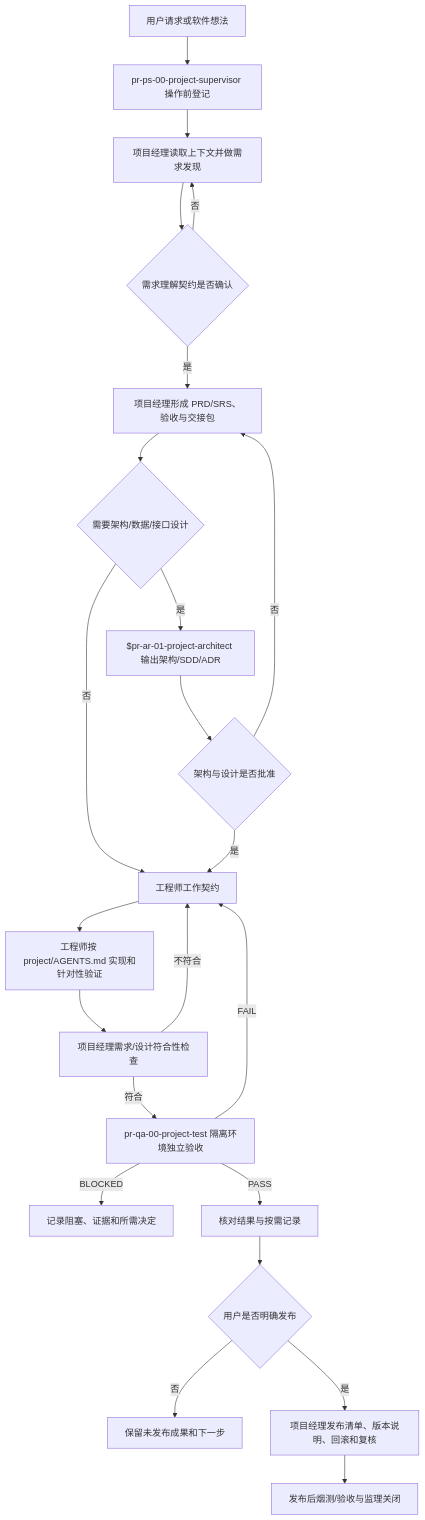
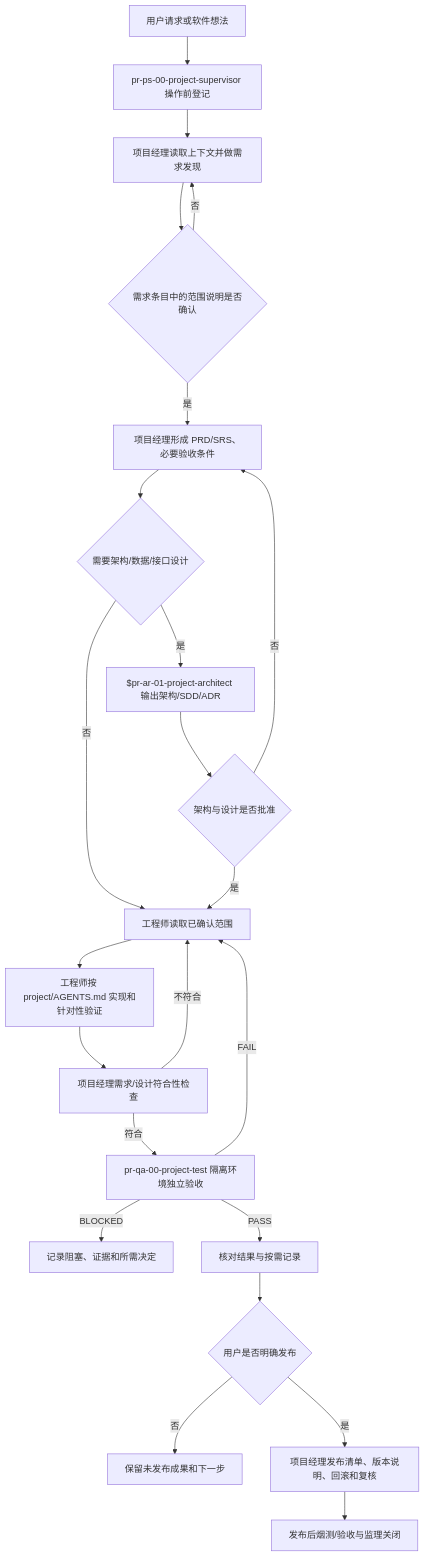
The diagram in AGENTS.md (1993zlorange/AI4AI4PROGRAMMING), drawn with Mermaid before and after one commit. The commit also changed other lines of this file and 12 other files, not shown here.

````diff
--- a/AGENTS.md
+++ b/AGENTS.md
@@ -106,25 +106,25 @@
 ```mermaid
 flowchart TD
     U[用户请求或软件想法] --> S0[pr-ps-00-project-supervisor 操作前登记]
     S0 --> M0[项目经理读取上下文并做需求发现]
-    M0 --> D0{需求理解契约是否确认}
+    M0 --> D0{需求条目中的范围说明是否确认}
     D0 -->|否| M0
-    D0 -->|是| M1[项目经理形成 PRD/SRS、验收与交接包]
+    D0 -->|是| M1[项目经理形成 PRD/SRS、必要验收条件]
     M1 --> A0{需要架构/数据/接口设计}
     A0 -->|是| A1[$pr-ar-01-project-architect 输出架构/SDD/ADR]
-    A0 -->|否| E0[工程师工作契约]
+    A0 -->|否| E0[工程师读取已确认范围]
     A1 --> A2{架构与设计是否批准}
     A2 -->|否| M1
     A2 -->|是| E0
     E0 --> E1[工程师按 project/AGENTS.md 实现和针对性验证]
     E1 --> PM0[项目经理需求/设计符合性检查]
     PM0 -->|不符合| E0
     PM0 -->|符合| T0[pr-qa-00-project-test 隔离环境独立验收]
     T0 -->|FAIL| E0
     T0 -->|BLOCKED| B0[记录阻塞、证据和所需决定]
     T0 -->|PASS| Q0[核对结果与按需记录]
     Q0 --> R0{用户是否明确发布}
     R0 -->|否| C0[保留未发布成果和下一步]
     R0 -->|是| R1[项目经理发布清单、版本说明、回滚和复核]
     R1 --> R2[发布后烟测/验收与监理关闭]
 ```
````
